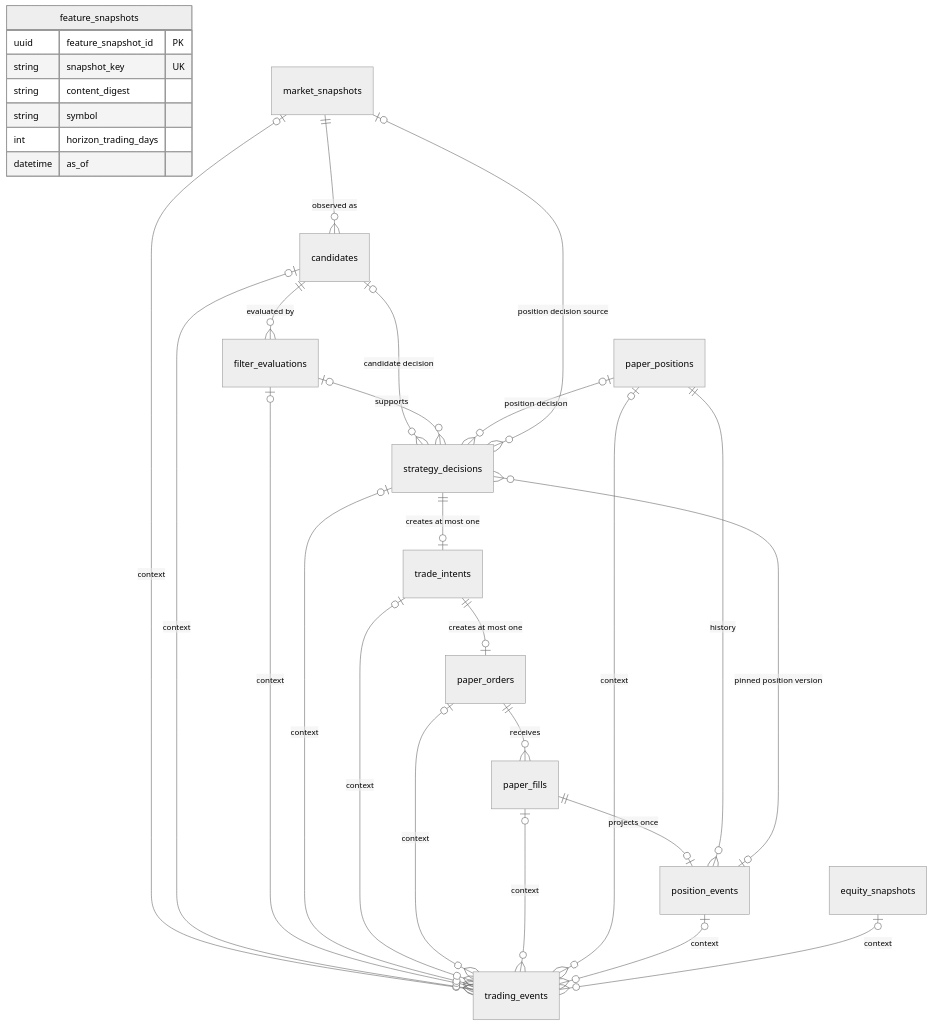
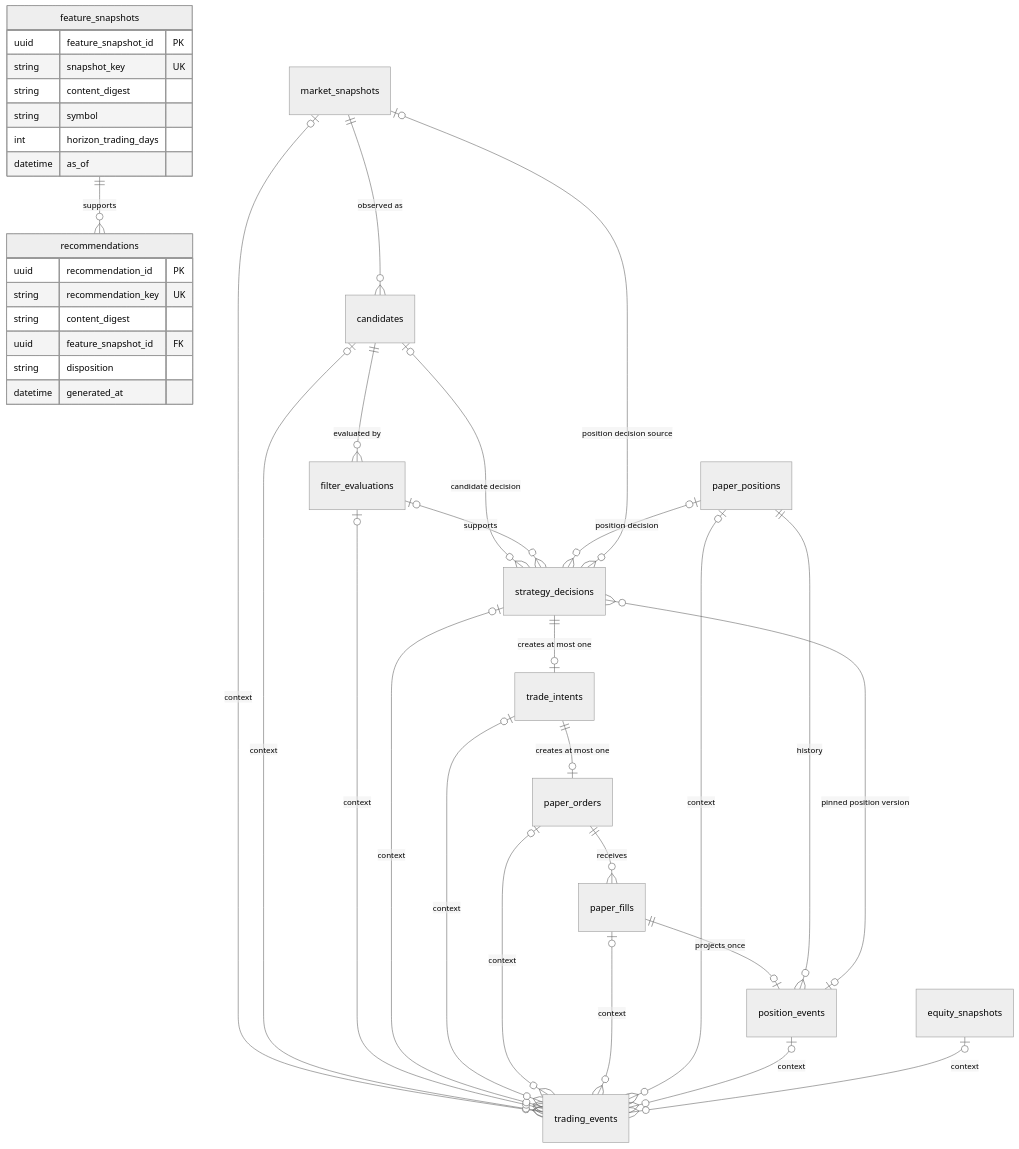
The diagram in docs/database-schema.md (geunil748-dev/auto_trading_v2), drawn with Mermaid (neutral theme) before and after one commit. The commit also changed other lines of this file and 55 other files, not shown here.

````diff
--- a/docs/database-schema.md
+++ b/docs/database-schema.md
@@ -26,33 +27,42 @@
 ```mermaid
 erDiagram
     feature_snapshots {
         uuid feature_snapshot_id PK
         string snapshot_key UK
         string content_digest
         string symbol
         int horizon_trading_days
         datetime as_of
     }
+    recommendations {
+        uuid recommendation_id PK
+        string recommendation_key UK
+        string content_digest
+        uuid feature_snapshot_id FK
+        string disposition
+        datetime generated_at
+    }
+    feature_snapshots ||--o{ recommendations : "supports"
     market_snapshots ||--o{ candidates : "observed as"
     candidates ||--o{ filter_evaluations : "evaluated by"
     candidates o|--o{ strategy_decisions : "candidate decision"
     filter_evaluations o|--o{ strategy_decisions : "supports"
     paper_positions o|--o{ strategy_decisions : "position decision"
     market_snapshots o|--o{ strategy_decisions : "position decision source"
     position_events o|--o{ strategy_decisions : "pinned position version"
     strategy_decisions ||--o| trade_intents : "creates at most one"
     trade_intents ||--o| paper_orders : "creates at most one"
     paper_orders ||--o{ paper_fills : "receives"
     paper_fills ||--o| position_events : "projects once"
     paper_positions ||--o{ position_events : "history"
     market_snapshots o|--o{ trading_events : "context"
     candidates o|--o{ trading_events : "context"
     filter_evaluations o|--o{ trading_events : "context"
     strategy_decisions o|--o{ trading_events : "context"
     trade_intents o|--o{ trading_events : "context"
     paper_orders o|--o{ trading_events : "context"
     paper_fills o|--o{ trading_events : "context"
     paper_positions o|--o{ trading_events : "context"
     position_events o|--o{ trading_events : "context"
     equity_snapshots o|--o{ trading_events : "context"
 ```
````
